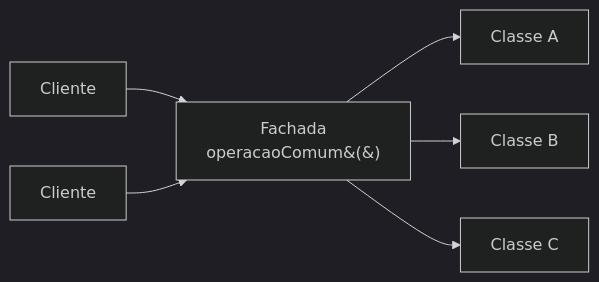
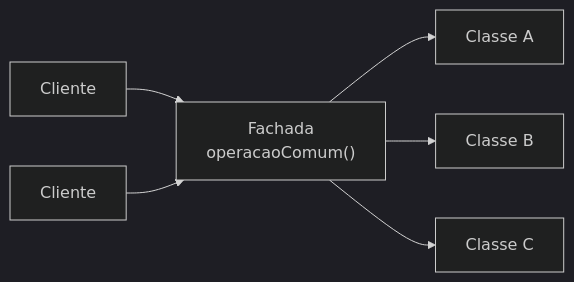
One commit to oadcavalcante/software-architecture-mastery changed the diagram in docs/03-design-patterns/facade.md. Above: the diagram before and after it, drawn with Mermaid (dark theme). The commit also changed 27 other files, not shown here.

First line of the commit message:
diagramas: parenteses renderizando como &(&) e largura ilegivel no telefone

````diff
--- a/docs/03-design-patterns/facade.md
+++ b/docs/03-design-patterns/facade.md
@@ -46,5 +46,5 @@
 ```mermaid
 graph LR
-  C1[Cliente] & C2[Cliente] --> F[Fachada<br/>operacaoComum&#40;&#41;]
+  C1[Cliente] & C2[Cliente] --> F["Fachada<br/>operacaoComum()"]
   F --> A[Classe A] & B[Classe B] & D[Classe C]
 ```
````
